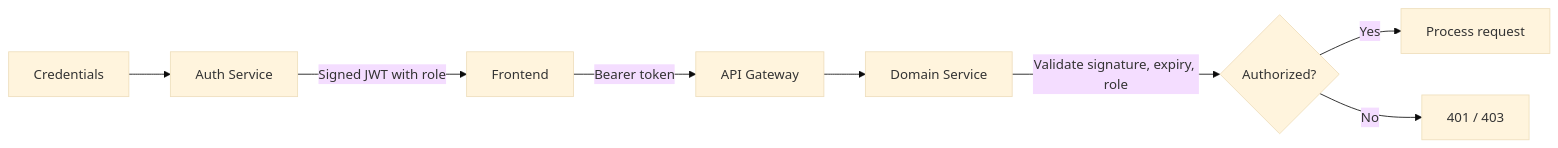
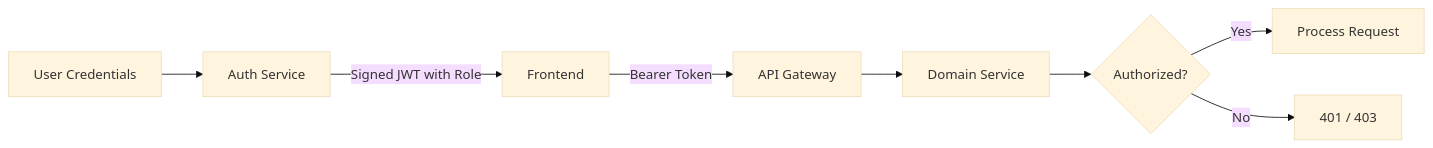
The fourth of 4 diagrams in README.md (kirusigan03/AI_Job_Portal), drawn with Mermaid (base theme) before and after one commit. The commit also changed other lines of this file, not shown here.

````diff
--- a/README.md
+++ b/README.md
@@ -300,10 +571,10 @@
 ```mermaid
 flowchart LR
-    C[Credentials] --> A[Auth Service]
-    A -->|Signed JWT with role| UI[Frontend]
-    UI -->|Bearer token| G[API Gateway]
+    C[User Credentials] --> A[Auth Service]
+    A -->|Signed JWT with Role| UI[Frontend]
+    UI -->|Bearer Token| G[API Gateway]
     G --> S[Domain Service]
-    S -->|Validate signature, expiry, role| R{Authorized?}
-    R -->|Yes| OK[Process request]
+    S --> R{Authorized?}
+    R -->|Yes| OK[Process Request]
     R -->|No| DENY[401 / 403]
 ```
````
